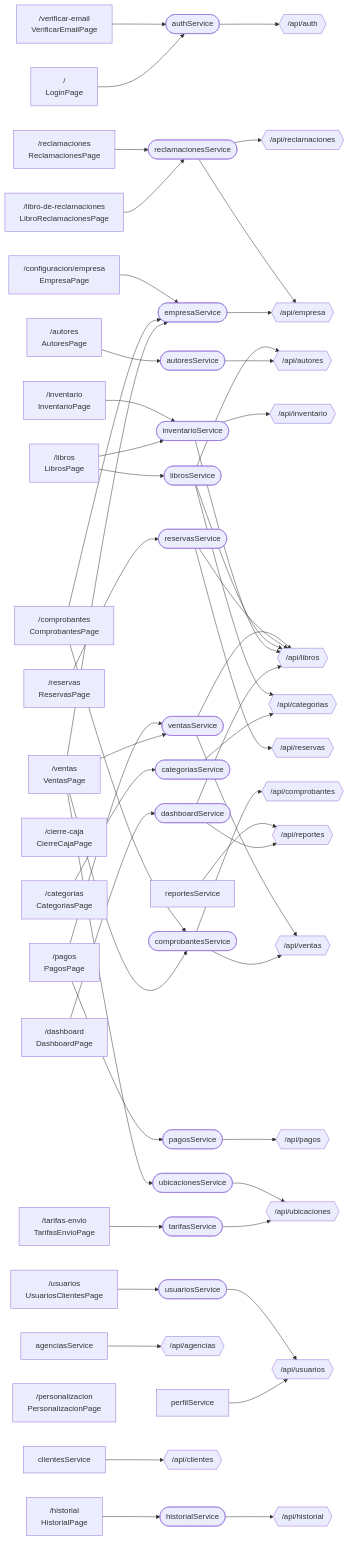
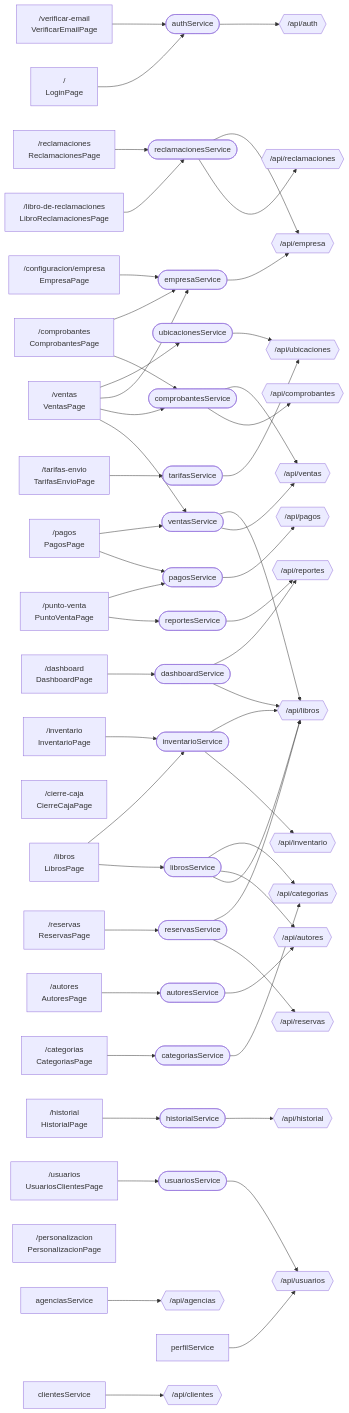
One commit to jimenezvegaedinson7-dot/librer-a changed the diagram in docs/architecture/graphs/frontend.mmd. Above: the diagram before and after it, drawn with Mermaid. The commit also changed 45 other files, not shown here.

First line of the commit message:
feat(roles): agregar cajero y permisos de punto de venta

```diff
--- a/docs/architecture/graphs/frontend.mmd
+++ b/docs/architecture/graphs/frontend.mmd
@@ -1,72 +1,75 @@
 %% Generado 2026-09-26 desde el código real (actualizar-mapa.mjs)
 flowchart LR
     LoginPage["/<br/>LoginPage"]
     LoginPage --> authService(["authService"])
     VerificarEmailPage["/verificar-email<br/>VerificarEmailPage"]
     VerificarEmailPage --> authService(["authService"])
     LibroReclamacionesPage["/libro-de-reclamaciones<br/>LibroReclamacionesPage"]
     LibroReclamacionesPage --> reclamacionesService(["reclamacionesService"])
+    PuntoVentaPage["/punto-venta<br/>PuntoVentaPage"]
+    PuntoVentaPage --> reportesService(["reportesService"])
+    PuntoVentaPage --> pagosService(["pagosService"])
     DashboardPage["/dashboard<br/>DashboardPage"]
     DashboardPage --> dashboardService(["dashboardService"])
     LibrosPage["/libros<br/>LibrosPage"]
     LibrosPage --> librosService(["librosService"])
     LibrosPage --> inventarioService(["inventarioService"])
     AutoresPage["/autores<br/>AutoresPage"]
     AutoresPage --> autoresService(["autoresService"])
     CategoriasPage["/categorias<br/>CategoriasPage"]
     CategoriasPage --> categoriasService(["categoriasService"])
     InventarioPage["/inventario<br/>InventarioPage"]
     InventarioPage --> inventarioService(["inventarioService"])
     ReservasPage["/reservas<br/>ReservasPage"]
     ReservasPage --> reservasService(["reservasService"])
     VentasPage["/ventas<br/>VentasPage"]
     VentasPage --> ventasService(["ventasService"])
     VentasPage --> comprobantesService(["comprobantesService"])
     VentasPage --> empresaService(["empresaService"])
     VentasPage --> ubicacionesService(["ubicacionesService"])
     ComprobantesPage["/comprobantes<br/>ComprobantesPage"]
     ComprobantesPage --> comprobantesService(["comprobantesService"])
     ComprobantesPage --> empresaService(["empresaService"])
     CierreCajaPage["/cierre-caja<br/>CierreCajaPage"]
-    ReclamacionesPage["/reclamaciones<br/>ReclamacionesPage"]
-    ReclamacionesPage --> reclamacionesService(["reclamacionesService"])
     PagosPage["/pagos<br/>PagosPage"]
     PagosPage --> pagosService(["pagosService"])
     PagosPage --> ventasService(["ventasService"])
     UsuariosClientesPage["/usuarios<br/>UsuariosClientesPage"]
     UsuariosClientesPage --> usuariosService(["usuariosService"])
+    ReclamacionesPage["/reclamaciones<br/>ReclamacionesPage"]
+    ReclamacionesPage --> reclamacionesService(["reclamacionesService"])
     TarifasEnvioPage["/tarifas-envio<br/>TarifasEnvioPage"]
     TarifasEnvioPage --> tarifasService(["tarifasService"])
     HistorialPage["/historial<br/>HistorialPage"]
     HistorialPage --> historialService(["historialService"])
     EmpresaPage["/configuracion/empresa<br/>EmpresaPage"]
     EmpresaPage --> empresaService(["empresaService"])
     PersonalizacionPage["/personalizacion<br/>PersonalizacionPage"]
     agenciasService --> _api_agencias{{"/api/agencias"}}
     authService --> _api_auth{{"/api/auth"}}
     perfilService --> _api_usuarios{{"/api/usuarios"}}
     autoresService --> _api_autores{{"/api/autores"}}
     categoriasService --> _api_categorias{{"/api/categorias"}}
     clientesService --> _api_clientes{{"/api/clientes"}}
     comprobantesService --> _api_comprobantes{{"/api/comprobantes"}}
     comprobantesService --> _api_ventas{{"/api/ventas"}}
     empresaService --> _api_empresa{{"/api/empresa"}}
     dashboardService --> _api_libros{{"/api/libros"}}
     dashboardService --> _api_reportes{{"/api/reportes"}}
     historialService --> _api_historial{{"/api/historial"}}
     inventarioService --> _api_inventario{{"/api/inventario"}}
     inventarioService --> _api_libros{{"/api/libros"}}
     librosService --> _api_libros{{"/api/libros"}}
     librosService --> _api_autores{{"/api/autores"}}
     librosService --> _api_categorias{{"/api/categorias"}}
     pagosService --> _api_pagos{{"/api/pagos"}}
     reclamacionesService --> _api_reclamaciones{{"/api/reclamaciones"}}
     reclamacionesService --> _api_empresa{{"/api/empresa"}}
     reportesService --> _api_reportes{{"/api/reportes"}}
     reservasService --> _api_reservas{{"/api/reservas"}}
     reservasService --> _api_libros{{"/api/libros"}}
     tarifasService --> _api_ubicaciones{{"/api/ubicaciones"}}
     usuariosService --> _api_usuarios{{"/api/usuarios"}}
     ubicacionesService --> _api_ubicaciones{{"/api/ubicaciones"}}
     ventasService --> _api_ventas{{"/api/ventas"}}
     ventasService --> _api_libros{{"/api/libros"}}
```
